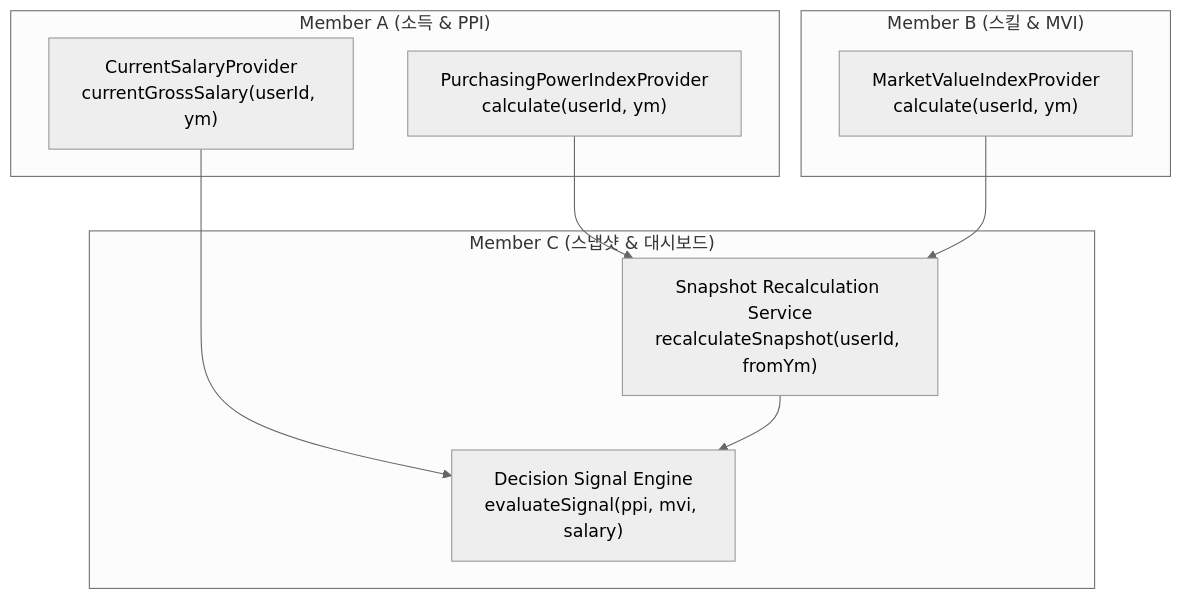
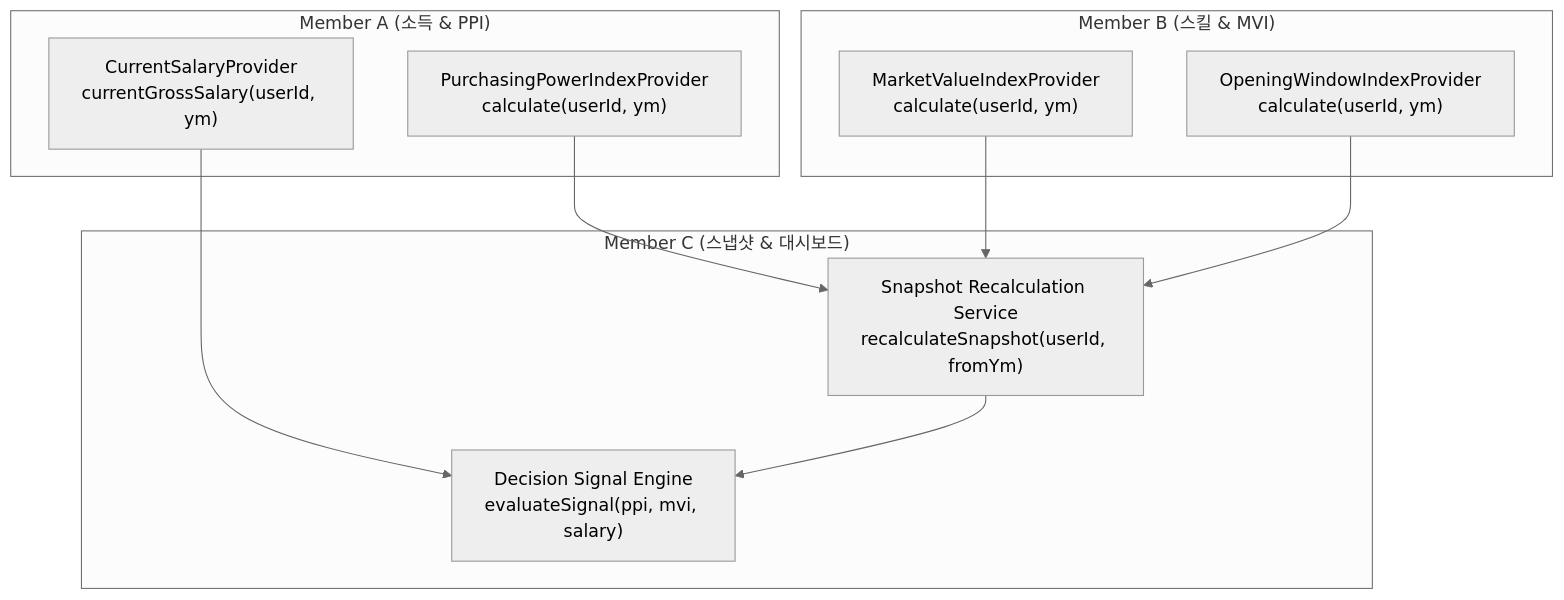
Before and after one commit to SeoHyeokGyu/Carix: the second of 2 diagrams in docs/plans/carix-dev-plan.md, drawn with Mermaid (neutral theme). The commit also changed other lines of this file and 35 other files, not shown here.

````diff
--- a/docs/plans/carix-dev-plan.md
+++ b/docs/plans/carix-dev-plan.md
@@ -191,21 +170,23 @@
 ```mermaid
 flowchart TD
     subgraph MemberA ["Member A (소득 & PPI)"]
         PPI_OUT["PurchasingPowerIndexProvider<br>calculate(userId, ym)"]
         SAL_OUT["CurrentSalaryProvider<br>currentGrossSalary(userId, ym)"]
     end
 
     subgraph MemberB ["Member B (스킬 & MVI)"]
         MVI_OUT["MarketValueIndexProvider<br>calculate(userId, ym)"]
+        OWI_OUT["OpeningWindowIndexProvider<br>calculate(userId, ym)"]
     end
 
     subgraph MemberC ["Member C (스냅샷 & 대시보드)"]
         SNAP_ENG["Snapshot Recalculation Service<br>recalculateSnapshot(userId, fromYm)"]
         DEC_ENG["Decision Signal Engine<br>evaluateSignal(ppi, mvi, salary)"]
     end
 
     PPI_OUT --> SNAP_ENG
     MVI_OUT --> SNAP_ENG
+    OWI_OUT --> SNAP_ENG
     SAL_OUT --> DEC_ENG
     SNAP_ENG --> DEC_ENG
 ```
````
